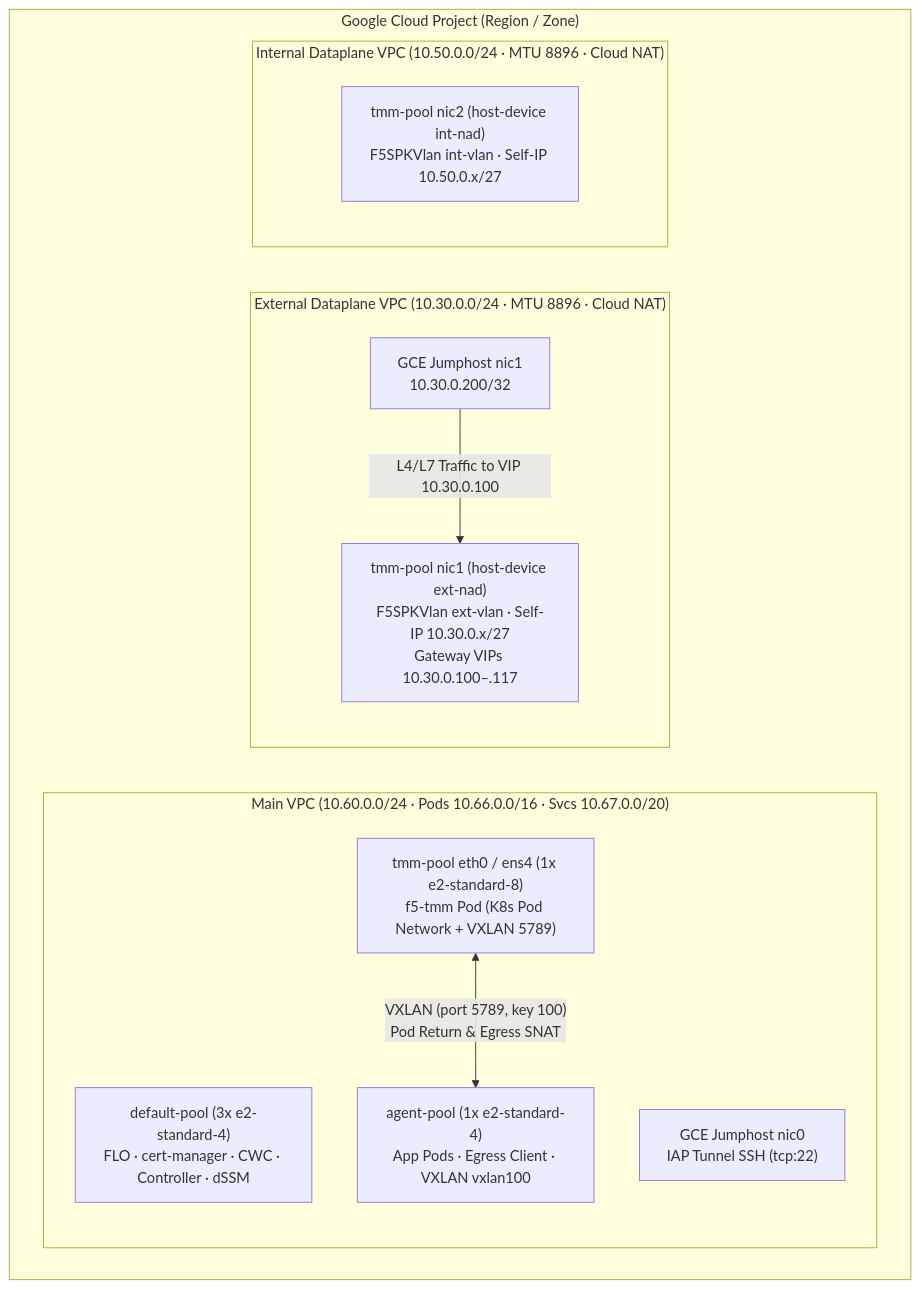
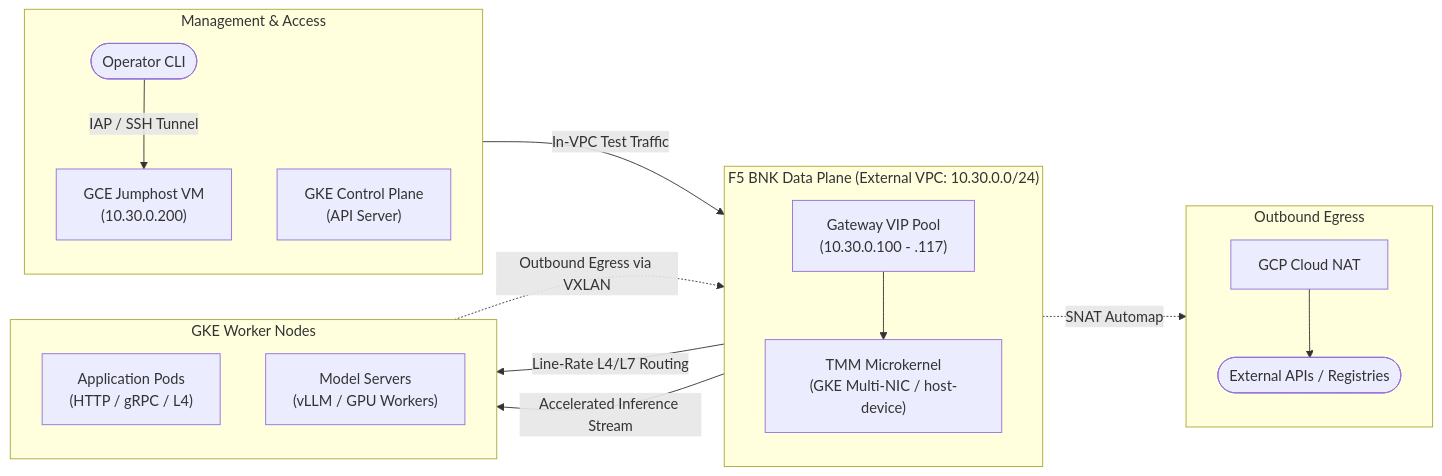
The first of 4 diagrams in README.md (JLCode-tech/gkebnkctl), drawn with Mermaid before and after one commit. The commit also changed other lines of this file and 2 other files, not shown here.

````diff
--- a/README.md
+++ b/README.md
@@ -86,23 +57,34 @@
 ```mermaid
-flowchart TB
-  subgraph GCP["Google Cloud Project (Region / Zone)"]
-    subgraph MainVPC["Main VPC (10.60.0.0/24 · Pods 10.66.0.0/16 · Svcs 10.67.0.0/20)"]
-      DefaultPool["default-pool (3x e2-standard-4)\nFLO · cert-manager · CWC · Controller · dSSM"]
-      AgentPool["agent-pool (1x e2-standard-4)\nApp Pods · Egress Client · VXLAN vxlan100"]
-      TMMPoolEth0["tmm-pool eth0 / ens4 (1x e2-standard-8)\nf5-tmm Pod (K8s Pod Network + VXLAN 5789)"]
-      JumphostEth0["GCE Jumphost nic0\nIAP Tunnel SSH (tcp:22)"]
+flowchart LR
+    subgraph Mgmt["Management & Access"]
+        direction TB
+        CLI([Operator CLI]) -->|IAP / SSH Tunnel| Jumphost["GCE Jumphost VM<br/>(10.30.0.200)"]
+        K8sAPI["GKE Control Plane<br/>(API Server)"]
     end
 
-    subgraph ExtVPC["External Dataplane VPC (10.30.0.0/24 · MTU 8896 · Cloud NAT)"]
-      JumphostEth1["GCE Jumphost nic1\n10.30.0.200/32"]
-      TMMExt["tmm-pool nic1 (host-device ext-nad)\nF5SPKVlan ext-vlan · Self-IP 10.30.0.x/27\nGateway VIPs 10.30.0.100–.117"]
+    subgraph BNK["F5 BNK Data Plane (External VPC: 10.30.0.0/24)"]
+        direction TB
+        VIP["Gateway VIP Pool<br/>(10.30.0.100 - .117)"]
+        TMM["TMM Microkernel<br/>(GKE Multi-NIC / host-device)"]
+        VIP --> TMM
     end
 
-    subgraph IntVPC["Internal Dataplane VPC (10.50.0.0/24 · MTU 8896 · Cloud NAT)"]
-      TMMInt["tmm-pool nic2 (host-device int-nad)\nF5SPKVlan int-vlan · Self-IP 10.50.0.x/27"]
+    subgraph Workloads["GKE Worker Nodes"]
+        direction TB
+        AppPods["Application Pods<br/>(HTTP / gRPC / L4)"]
+        ModelPods["Model Servers<br/>(vLLM / GPU Workers)"]
     end
-  end
 
-  JumphostEth1 -->|"L4/L7 Traffic to VIP 10.30.0.100"| TMMExt
-  TMMPoolEth0 <-->|"VXLAN (port 5789, key 100)\nPod Return & Egress SNAT"| AgentPool
+    subgraph Egress["Outbound Egress"]
+        direction TB
+        NAT["GCP Cloud NAT"]
+        Internet([External APIs / Registries])
+        NAT --> Internet
+    end
+
+    Jumphost -->|In-VPC Test Traffic| VIP
+    TMM -->|Line-Rate L4/L7 Routing| AppPods
+    TMM -->|Accelerated Inference Stream| ModelPods
+    AppPods -.->|Outbound Egress via VXLAN| TMM
+    TMM -.->|SNAT Automap| NAT
 ```
````
